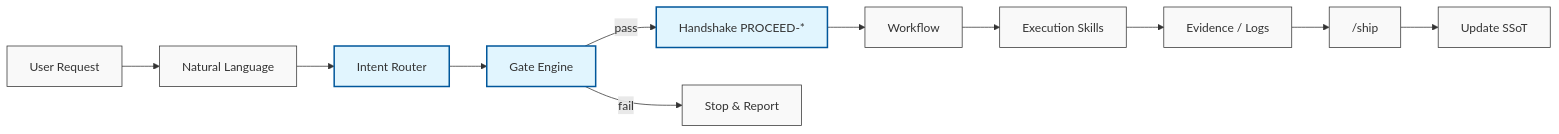
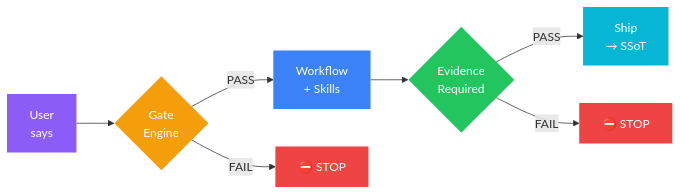
Before and after one commit to KbWen/smart-stock: the first of 2 diagrams in .agentcortex/docs/README.md, drawn with Mermaid. The commit also changed other lines of this file and 176 other files, not shown here.

````diff
--- a/.agentcortex/docs/README.md
+++ b/.agentcortex/docs/README.md
@@ -52,19 +41,17 @@
 ```mermaid
 flowchart LR
-    A[User Request] --> B[Natural Language]
-    B --> C[Intent Router]
-    C --> D[Gate Engine]
+    U["User<br/>says"] --> G{"Gate<br/>Engine"}
+    G -->|PASS| W["Workflow<br/>+ Skills"]
+    W --> E{"Evidence<br/>Required"}
+    E -->|PASS| S["Ship<br/>→ SSoT"]
+    G -->|FAIL| X1["⛔ STOP"]
+    E -->|FAIL| X2["⛔ STOP"]
 
-    D -->|pass| E["Handshake PROCEED-*"]
-    D -->|fail| X["Stop & Report"]
-
-    E --> F[Workflow]
-    F --> G[Execution Skills]
-    G --> H["Evidence / Logs"]
-    H --> I["/ship"]
-    I --> J[Update SSoT]
-    
-    classDef default fill:#f9f9f9,stroke:#333,stroke-width:1px;
-    classDef highlight fill:#e1f5fe,stroke:#01579b,stroke-width:2px;
-    class C,D,E highlight;
+    style U fill:#8b5cf6,color:#fff,stroke:none
+    style G fill:#f59e0b,color:#fff,stroke:none
+    style W fill:#3b82f6,color:#fff,stroke:none
+    style E fill:#22c55e,color:#fff,stroke:none
+    style S fill:#06b6d4,color:#fff,stroke:none
+    style X1 fill:#ef4444,color:#fff,stroke:none
+    style X2 fill:#ef4444,color:#fff,stroke:none
 ```
````
